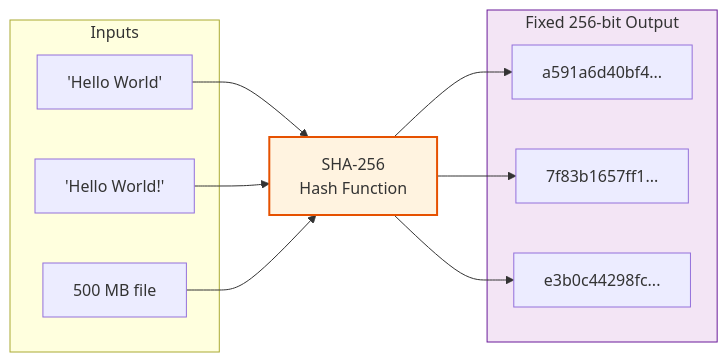
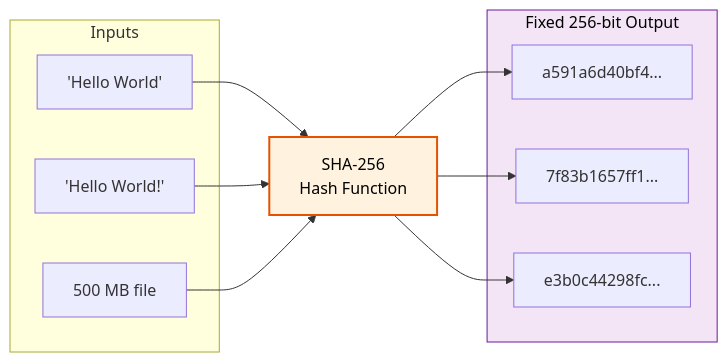
Before and after one commit to williamzujkowski/williamzujkowski.github.io: the third of 5 diagrams in src/posts/2024-01-18-demystifying-cryptography-beginners-guide.md, drawn with Mermaid. The commit also changed other lines of this file and 40 other files, not shown here.

First line of the commit message:
fix(blog): add explicit text color to all mermaid classDef/style (#171)

````diff
--- a/src/posts/2024-01-18-demystifying-cryptography-beginners-guide.md
+++ b/src/posts/2024-01-18-demystifying-cryptography-beginners-guide.md
@@ -148,23 +148,23 @@
 ```mermaid
 flowchart LR
     subgraph Inputs
         I1["'Hello World'"]
         I2["'Hello World!'"]
         I3["500 MB file"]
     end
 
     H["SHA-256<br/>Hash Function"]
 
     subgraph Outputs["Fixed 256-bit Output"]
         O1["a591a6d40bf4..."]
         O2["7f83b1657ff1..."]
         O3["e3b0c44298fc..."]
     end
 
     I1 --> H --> O1
     I2 --> H --> O2
     I3 --> H --> O3
 
-    style H fill:#fff3e0,stroke:#e65100,stroke-width:2px
-    style Outputs fill:#f3e5f5,stroke:#6a1b9a
+    style H fill:#fff3e0,color:#000,stroke:#e65100,stroke-width:2px
+    style Outputs fill:#f3e5f5,color:#000,stroke:#6a1b9a
 ```
````
